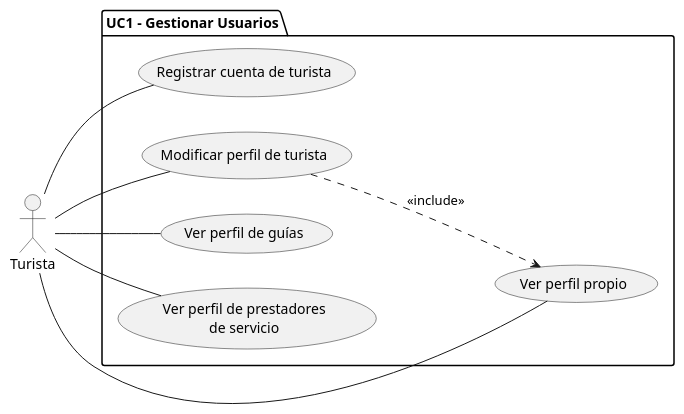
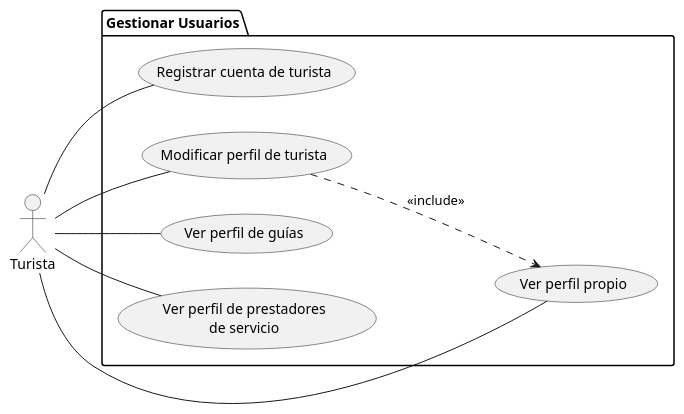
One commit to xdark-nessx20/SM-Xplore changed the diagram in docs/modelos/uc-lvl-1/gestionar-usuarios/turista-diagrama.puml. Above: the diagram before and after it, drawn with PlantUML. The commit also changed 7 other files, not shown here.

```diff
--- a/docs/modelos/uc-lvl-1/gestionar-usuarios/turista-diagrama.puml
+++ b/docs/modelos/uc-lvl-1/gestionar-usuarios/turista-diagrama.puml
@@ -1,22 +1,22 @@
 @startuml
 left to right direction
 
 actor Turista as T
 
-package "UC1 - Gestionar Usuarios" {
+package "Gestionar Usuarios" {
     usecase "Registrar cuenta de turista" as UC1
     usecase "Modificar perfil de turista" as UC2
     usecase "Ver perfil propio" as UC3
     usecase "Ver perfil de guías" as UC4
     usecase "Ver perfil de prestadores\nde servicio" as UC5
 }
 
 T -- UC1
 T -- UC2
 T -- UC3
 T -- UC4
 T -- UC5
 
 UC2 ..> UC3 : <<include>>
 
 @enduml
```
